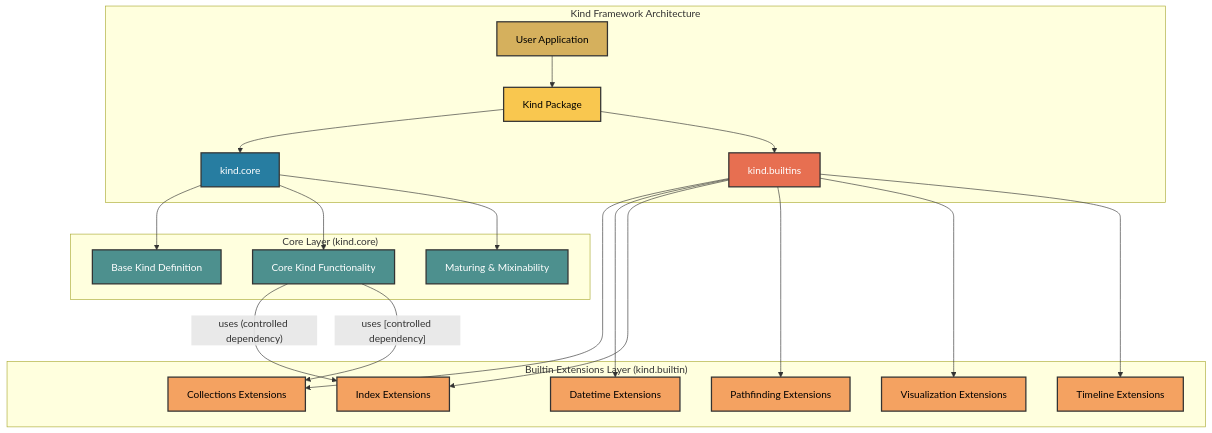
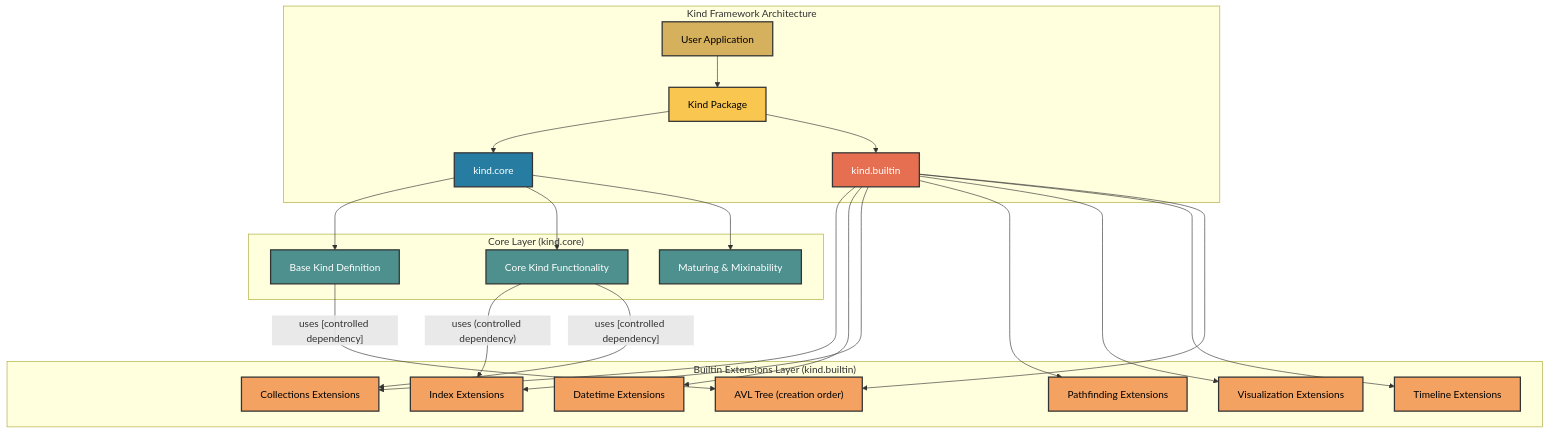
The diagram in docs/topics/3_layered_architecture/layered_architecture_tb.mmd (ikko/kind), drawn with Mermaid before and after one commit. The commit also changed 62 other files, not shown here.

```diff
--- a/docs/topics/3_layered_architecture/layered_architecture_tb.mmd
+++ b/docs/topics/3_layered_architecture/layered_architecture_tb.mmd
@@ -1,43 +1,46 @@
 graph TB
     subgraph "Kind Framework Architecture"
         A[User Application] --> B[Kind Package];
         B --> C[kind.core];
-        B --> D[kind.builtins];
+        B --> D[kind.builtin];
     end
 
     subgraph "Core Layer #40;kind.core#41;"
         C --> C1[Base Kind Definition];
         C --> C2[Core Kind Functionality];
         C --> C3[Maturing & Mixinability];
     end
 
     subgraph "Builtin Extensions Layer #40;kind.builtin#41;"
         D --> D1[Collections Extensions];
         D --> D2[Datetime Extensions];
         D --> D3[Index Extensions];
         D --> D4[Pathfinding Extensions];
         D --> D5[Visualization Extensions];
         D --> D6[Timeline Extensions];
+        D --> D7[AVL Tree #40;creation order#41;];
     end
 
     C2 -- "uses #40;controlled dependency#41;" --> D3;
     C2 -- "uses [controlled dependency]" --> D1;
+    C1 -- "uses [controlled dependency]" --> D7;
 
     %% Framework architecture styles
     style A fill:#d5b05d,stroke:#333,stroke-width:2px,color:#000000;
     style B fill:#f9c74f,stroke:#333,stroke-width:2px,color:#000000;
 
     %% Core layer styles - using blue tones
     style C fill:#277da1,stroke:#333,stroke-width:2px,color:#ffffff;
     style C1 fill:#4d908e,stroke:#333,stroke-width:2px,color:#ffffff;
     style C2 fill:#4d908e,stroke:#333,stroke-width:2px,color:#ffffff;
     style C3 fill:#4d908e,stroke:#333,stroke-width:2px,color:#ffffff;
 
     %% Builtin extensions styles - using orange-ish darker tones
     style D fill:#e76f51,stroke:#333,stroke-width:2px,color:#ffffff;
     style D1 fill:#f4a261,stroke:#333,stroke-width:2px,color:#000000;
     style D2 fill:#f4a261,stroke:#333,stroke-width:2px,color:#000000;
     style D3 fill:#f4a261,stroke:#333,stroke-width:2px,color:#000000;
     style D4 fill:#f4a261,stroke:#333,stroke-width:2px,color:#000000;
     style D5 fill:#f4a261,stroke:#333,stroke-width:2px,color:#000000;
     style D6 fill:#f4a261,stroke:#333,stroke-width:2px,color:#000000;
+    style D7 fill:#f4a261,stroke:#333,stroke-width:2px,color:#000000;
```
